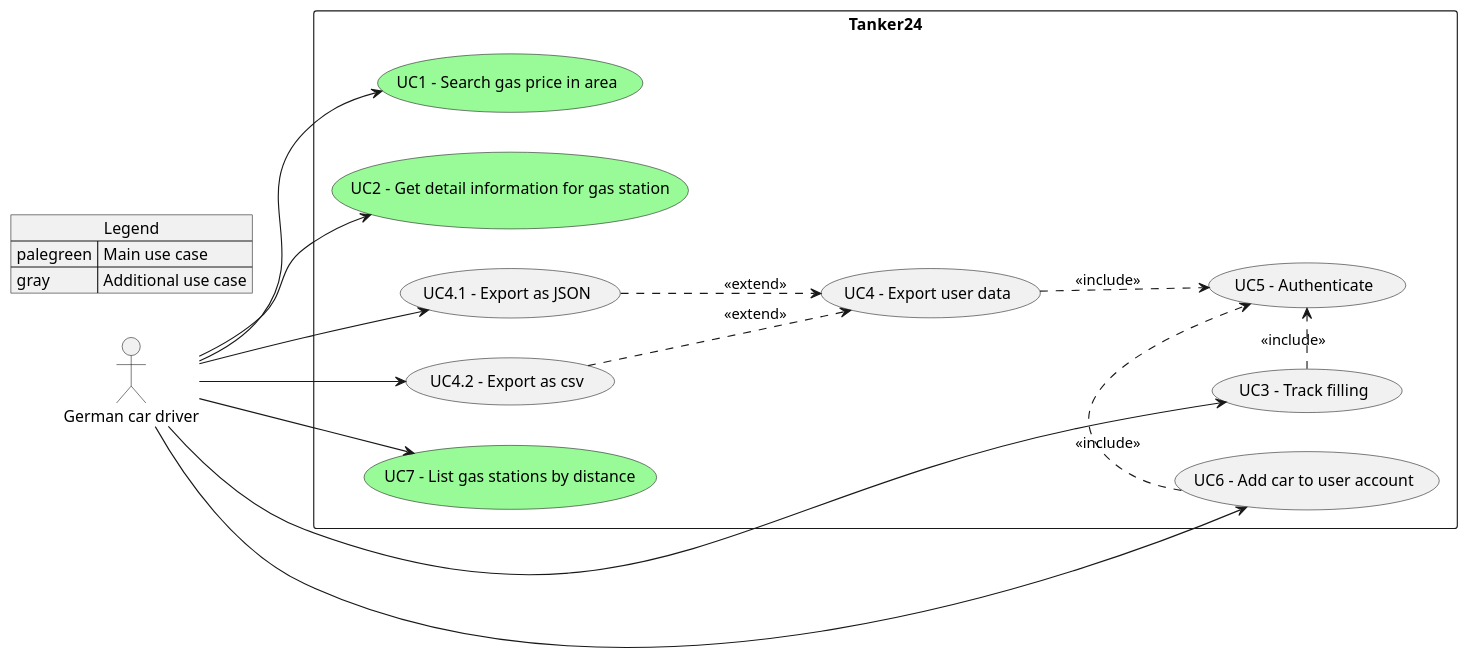
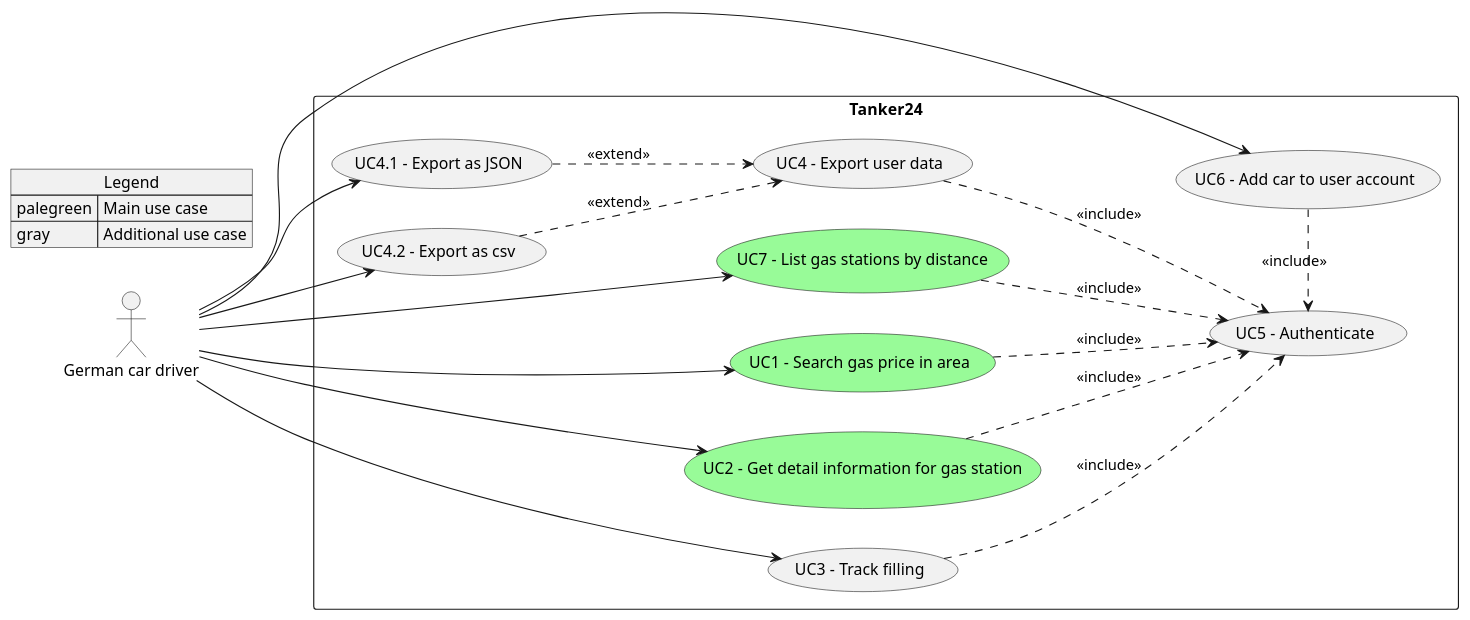
The diagram in docs/arc42/01_intro_goals.md (SQS-THRO/Tanker24), drawn with PlantUML before and after one commit. The commit also changed 1 other file, not shown here.

Commit message:
#225 fixed use case diagram

````diff
--- a/docs/arc42/01_intro_goals.md
+++ b/docs/arc42/01_intro_goals.md
@@ -16,34 +16,37 @@
 ```puml
 @startuml
 left to right direction
 actor "German car driver" as user
 rectangle Tanker24 {
   usecase "UC1 - Search gas price in area" as UC1 #palegreen
   usecase "UC2 - Get detail information for gas station" as UC2 #palegreen
   usecase "UC3 - Track filling" as UC3
   usecase "UC4 - Export user data" as UC4
   usecase "UC5 - Authenticate" as UC5
   usecase "UC4.1 - Export as JSON" as UC4.1
   usecase "UC4.2 - Export as csv" as UC4.2
   usecase "UC6 - Add car to user account" as UC6
   usecase "UC7 - List gas stations by distance" as UC7 #palegreen
 }
 user --> UC1
 user --> UC2
 user --> UC3
 user --> UC4.1
 user --> UC4.2
 user --> UC6
 user --> UC7
-UC3 .right.> UC5: <<include>>
+UC3 ..> UC5: <<include>>
 UC6 .> UC5: <<include>>
 UC4 ..> UC5: <<include>>
 UC4.1 ..> UC4: <<extend>>
 UC4.2 ..> UC4: <<extend>>
+UC1 ..> UC5: <<include>>
+UC2 ..> UC5: <<include>>
+UC7 ..> UC5: <<include>>
 
 json Legend{
     "palegreen": "Main use case",
     "gray": "Additional use case"
 }
 @enduml
 ```
````
